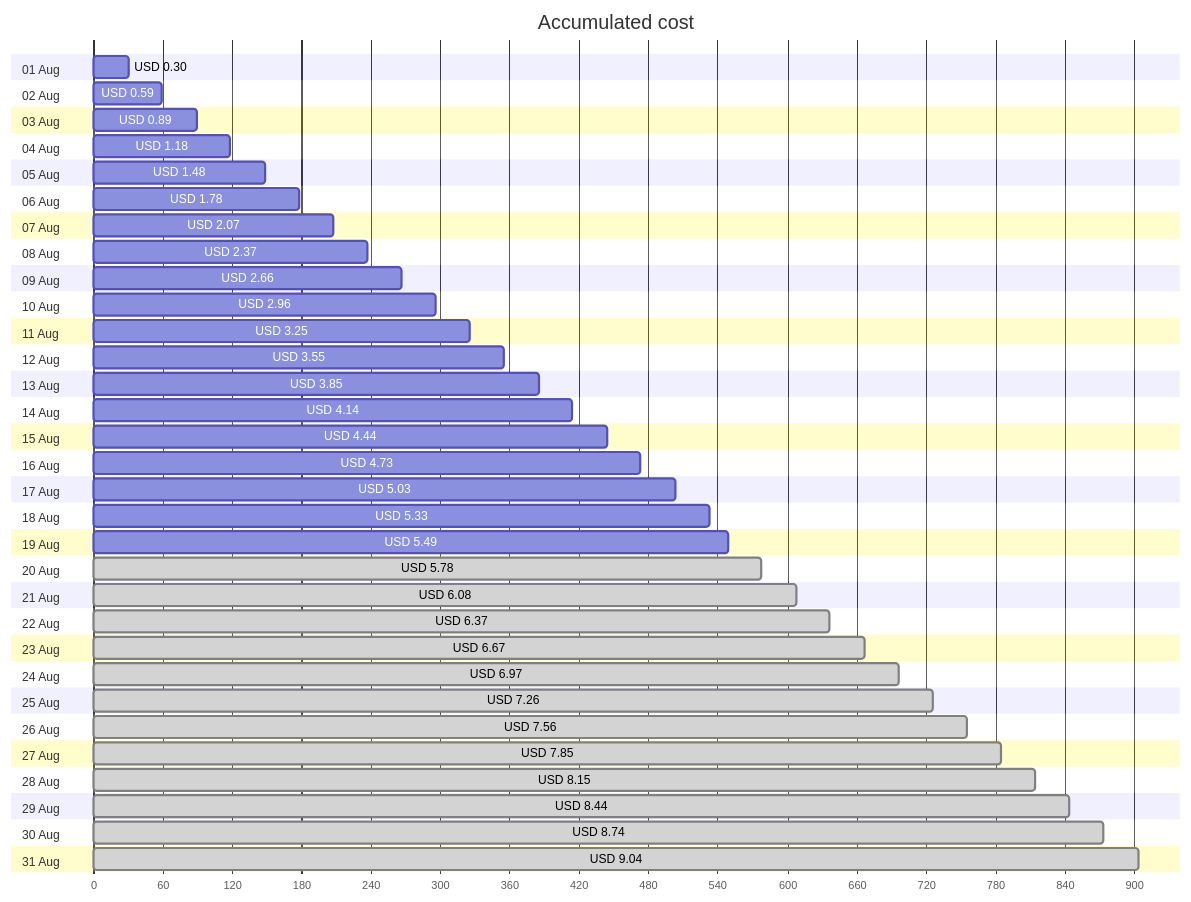
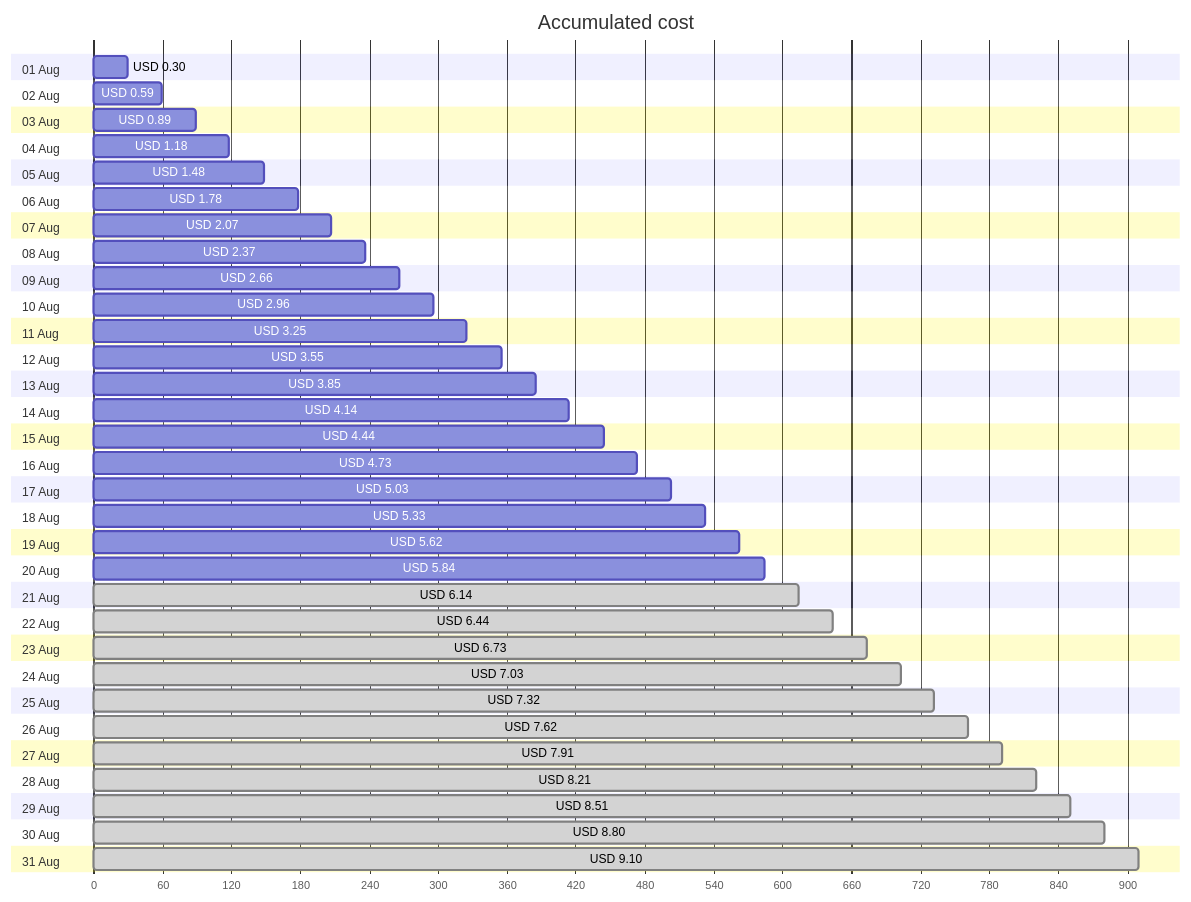
One commit to jpfulton/azure-personal-reports changed the first of 4 diagrams in cost-reports/personal-site/personal-site-preview.md. Above: the diagram before and after it, drawn with Mermaid. The commit also changed other lines of this file and 6 other files, not shown here.

````diff
--- a/cost-reports/personal-site/personal-site-preview.md
+++ b/cost-reports/personal-site/personal-site-preview.md
@@ -20,68 +20,68 @@
 ```mermaid
 gantt
    title Accumulated cost
    dateFormat  X
    axisFormat %s
    section 01 Aug
    USD 0.30 :0, 30
    section 02 Aug
    USD 0.59 :0, 59
    section 03 Aug
    USD 0.89 :0, 89
    section 04 Aug
    USD 1.18 :0, 118
    section 05 Aug
    USD 1.48 :0, 148
    section 06 Aug
    USD 1.78 :0, 178
    section 07 Aug
    USD 2.07 :0, 207
    section 08 Aug
    USD 2.37 :0, 237
    section 09 Aug
    USD 2.66 :0, 266
    section 10 Aug
    USD 2.96 :0, 296
    section 11 Aug
    USD 3.25 :0, 325
    section 12 Aug
    USD 3.55 :0, 355
    section 13 Aug
    USD 3.85 :0, 385
    section 14 Aug
    USD 4.14 :0, 414
    section 15 Aug
    USD 4.44 :0, 444
    section 16 Aug
    USD 4.73 :0, 473
    section 17 Aug
    USD 5.03 :0, 503
    section 18 Aug
    USD 5.33 :0, 533
    section 19 Aug
-   USD 5.49 :0, 549
+   USD 5.62 :0, 562
    section 20 Aug
-   USD 5.78 : done, 0, 578
+   USD 5.84 :0, 584
    section 21 Aug
-   USD 6.08 : done, 0, 608
+   USD 6.14 : done, 0, 614
    section 22 Aug
-   USD 6.37 : done, 0, 637
+   USD 6.44 : done, 0, 644
    section 23 Aug
-   USD 6.67 : done, 0, 667
+   USD 6.73 : done, 0, 673
    section 24 Aug
-   USD 6.97 : done, 0, 697
+   USD 7.03 : done, 0, 703
    section 25 Aug
-   USD 7.26 : done, 0, 726
+   USD 7.32 : done, 0, 732
    section 26 Aug
-   USD 7.56 : done, 0, 756
+   USD 7.62 : done, 0, 762
    section 27 Aug
-   USD 7.85 : done, 0, 785
+   USD 7.91 : done, 0, 791
    section 28 Aug
-   USD 8.15 : done, 0, 815
+   USD 8.21 : done, 0, 821
    section 29 Aug
-   USD 8.44 : done, 0, 844
+   USD 8.51 : done, 0, 851
    section 30 Aug
-   USD 8.74 : done, 0, 874
+   USD 8.80 : done, 0, 880
    section 31 Aug
-   USD 9.04 : done, 0, 904
+   USD 9.10 : done, 0, 910
 ```
````
